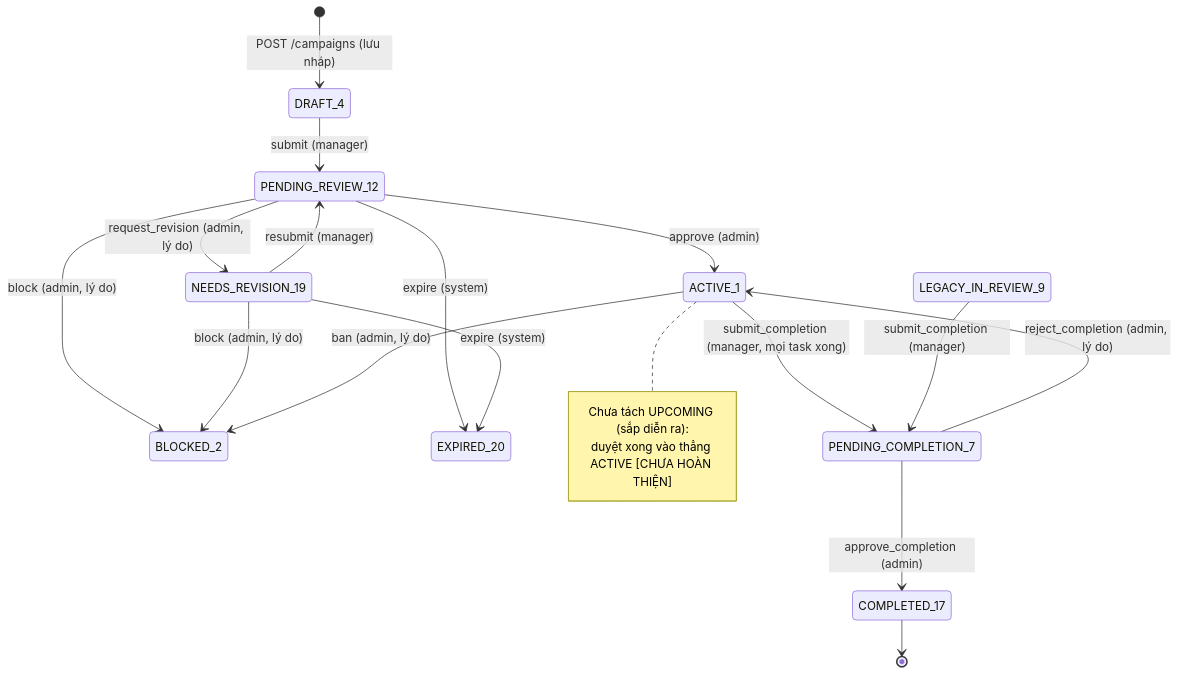
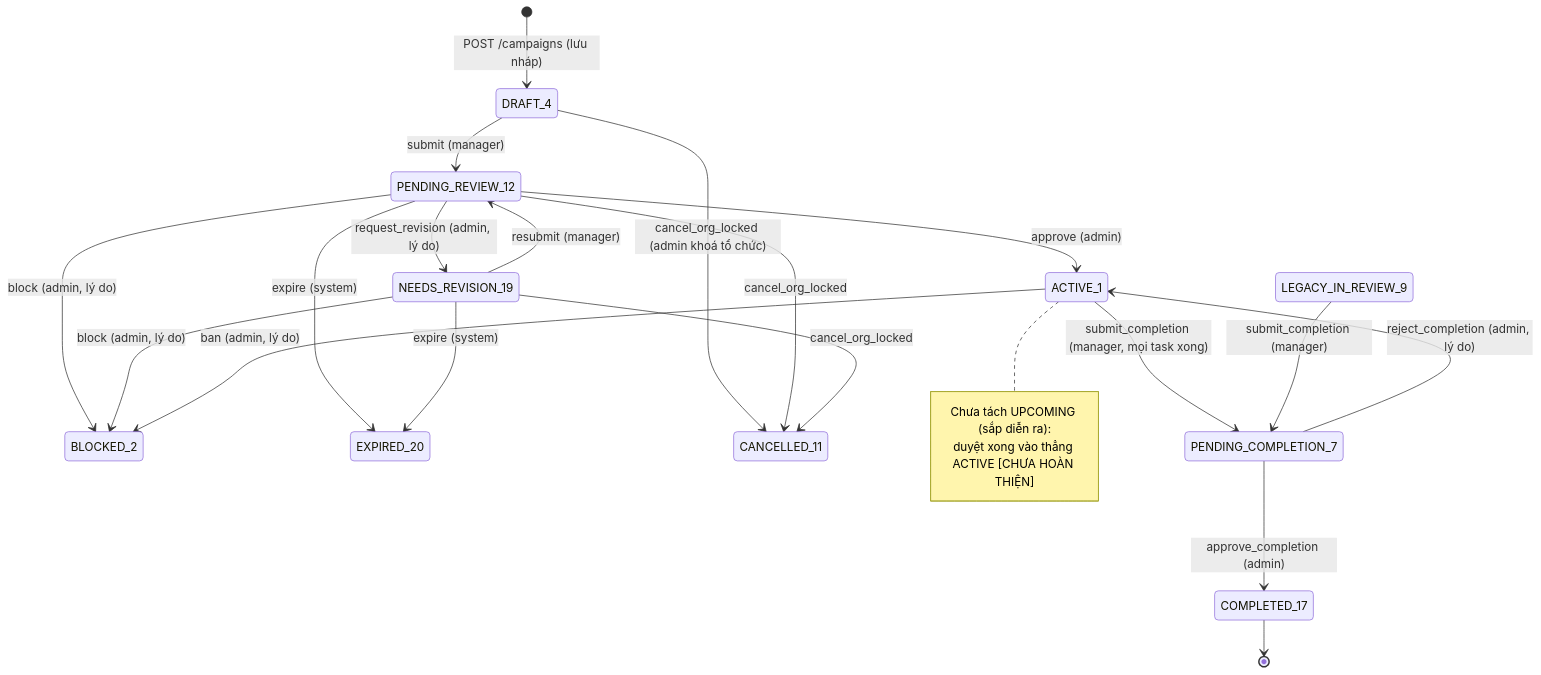
One commit to DOAN2-UQT-KN/ecolink-docs changed the second of 13 diagrams in 04-state-machines.md. Above: the diagram before and after it, drawn with Mermaid. The commit also changed other lines of this file and 9 other files, not shown here.

````diff
--- a/04-state-machines.md
+++ b/04-state-machines.md
@@ -43,22 +43,25 @@
 ```mermaid
 stateDiagram-v2
   [*] --> DRAFT_4: POST /campaigns (lưu nháp)
   DRAFT_4 --> PENDING_REVIEW_12: submit (manager)
   NEEDS_REVISION_19 --> PENDING_REVIEW_12: resubmit (manager)
   PENDING_REVIEW_12 --> ACTIVE_1: approve (admin)
   PENDING_REVIEW_12 --> NEEDS_REVISION_19: request_revision (admin, lý do)
   PENDING_REVIEW_12 --> BLOCKED_2: block (admin, lý do)
   NEEDS_REVISION_19 --> BLOCKED_2: block (admin, lý do)
   ACTIVE_1 --> BLOCKED_2: ban (admin, lý do)
   PENDING_REVIEW_12 --> EXPIRED_20: expire (system)
   NEEDS_REVISION_19 --> EXPIRED_20: expire (system)
+  DRAFT_4 --> CANCELLED_11: cancel_org_locked (admin khoá tổ chức)
+  PENDING_REVIEW_12 --> CANCELLED_11: cancel_org_locked
+  NEEDS_REVISION_19 --> CANCELLED_11: cancel_org_locked
   ACTIVE_1 --> PENDING_COMPLETION_7: submit_completion (manager, mọi task xong)
   LEGACY_IN_REVIEW_9 --> PENDING_COMPLETION_7: submit_completion (manager)
   PENDING_COMPLETION_7 --> COMPLETED_17: approve_completion (admin)
   PENDING_COMPLETION_7 --> ACTIVE_1: reject_completion (admin, lý do)
   COMPLETED_17 --> [*]
   note right of ACTIVE_1
     Chưa tách UPCOMING (sắp diễn ra):
     duyệt xong vào thẳng ACTIVE [CHƯA HOÀN THIỆN]
   end note
 ```
````
